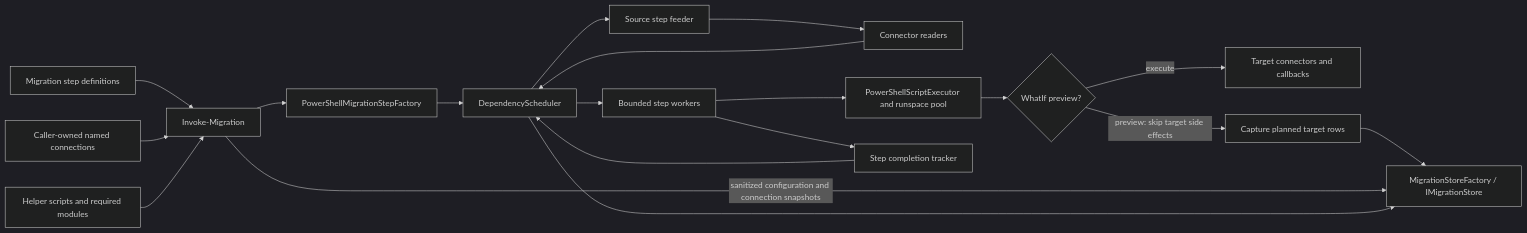
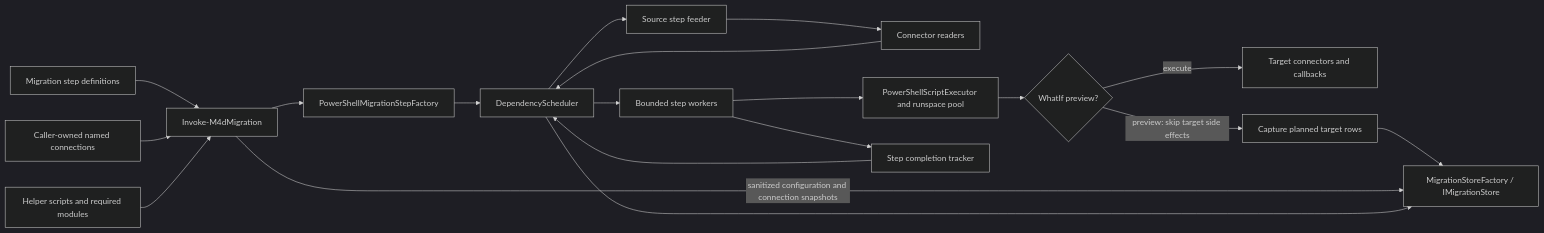
The first of 11 diagrams in docs/dev/architecture.md (ALM4Dataverse/Migration4Dataverse), drawn with Mermaid (dark theme) before and after one commit. The commit also changed other lines of this file and 67 other files, not shown here.

````diff
--- a/docs/dev/architecture.md
+++ b/docs/dev/architecture.md
@@ -20,32 +20,32 @@
 ```mermaid
 flowchart LR
     definition["Migration step definitions"]
     connections["Caller-owned named connections"]
     scripts["Helper scripts and required modules"]
-    invoke["Invoke-Migration"]
+    invoke["Invoke-M4dMigration"]
     factory["PowerShellMigrationStepFactory"]
     scheduler["DependencyScheduler"]
     feeder["Source step feeder"]
     readers["Connector readers"]
     workers["Bounded step workers"]
     scriptsExecutor["PowerShellScriptExecutor and runspace pool"]
     preview{"WhatIf preview?"}
     targets["Target connectors and callbacks"]
     previewRows["Capture planned target rows"]
     completion["Step completion tracker"]
     storeClient["MigrationStoreFactory / IMigrationStore"]
 
     definition --> invoke
     connections --> invoke
     scripts --> invoke
     invoke --> factory --> scheduler
     scheduler --> feeder
     feeder --> readers --> scheduler
     scheduler --> workers
     workers --> scriptsExecutor --> preview
     preview -->|execute| targets
     preview -->|preview: skip target side effects| previewRows --> storeClient
     workers --> completion --> scheduler
     invoke -->|sanitized configuration and connection snapshots| storeClient
     scheduler --> storeClient
 ```
````
